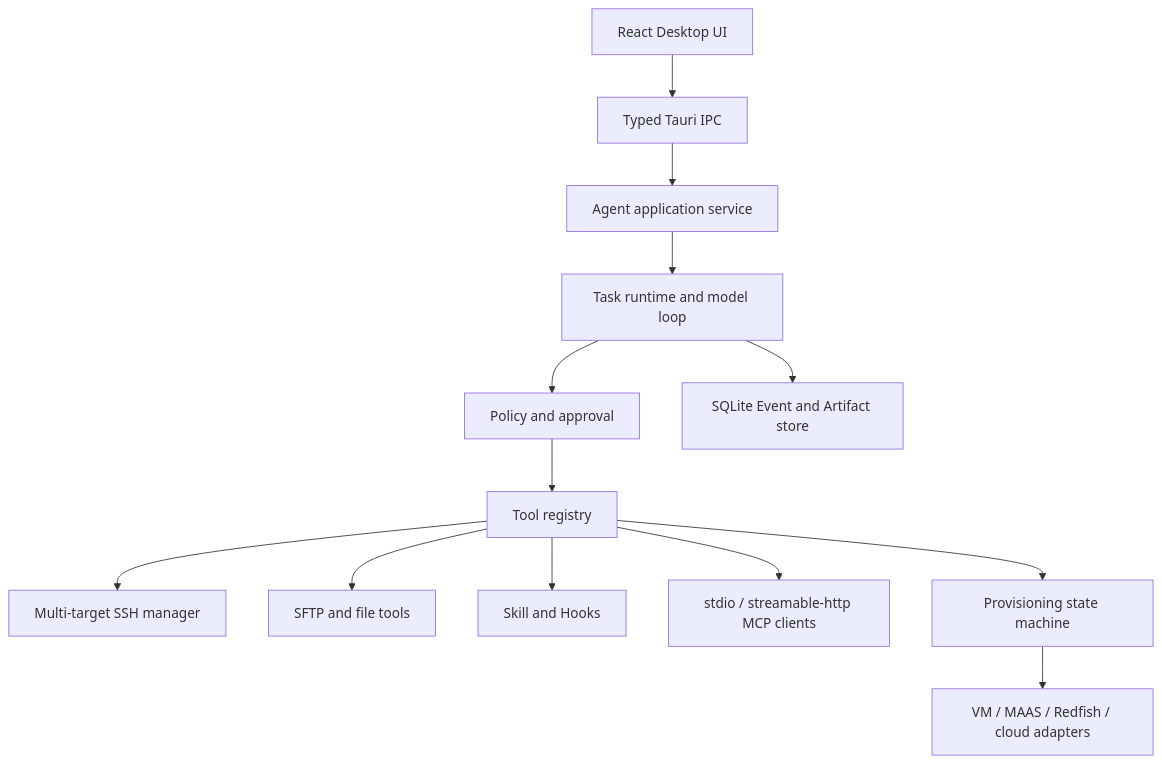
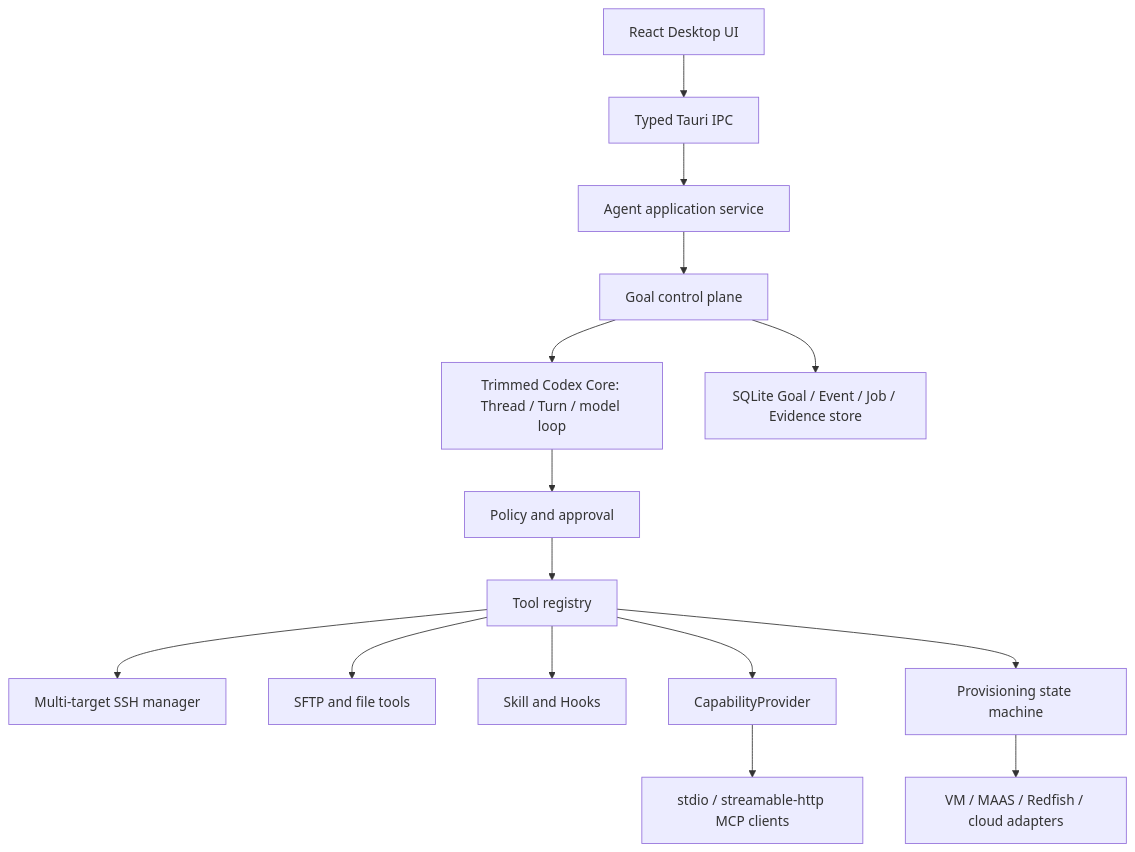
The first of 3 diagrams in docs/linux-agent-specification.md (Ssshake1996/myterm), drawn with Mermaid before and after one commit. The commit also changed other lines of this file and 51 other files, not shown here.

````diff
--- a/docs/linux-agent-specification.md
+++ b/docs/linux-agent-specification.md
@@ -221,15 +227,17 @@
 ```mermaid
 flowchart TD
     Desktop["React Desktop UI"] --> IPC["Typed Tauri IPC"]
     IPC --> App["Agent application service"]
-    App --> Runtime["Task runtime and model loop"]
+    App --> Goal["Goal control plane"]
+    Goal --> Runtime["Trimmed Codex Core: Thread / Turn / model loop"]
+    Goal --> Store["SQLite Goal / Event / Job / Evidence store"]
     Runtime --> Policy["Policy and approval"]
-    Runtime --> Store["SQLite Event and Artifact store"]
     Policy --> Registry["Tool registry"]
     Registry --> SSH["Multi-target SSH manager"]
     Registry --> Files["SFTP and file tools"]
     Registry --> Skills["Skill and Hooks"]
-    Registry --> MCP["stdio / streamable-http MCP clients"]
+    Registry --> Capability["CapabilityProvider"]
+    Capability --> MCP["stdio / streamable-http MCP clients"]
     Registry --> Provisioning["Provisioning state machine"]
     Provisioning --> Providers["VM / MAAS / Redfish / cloud adapters"]
 ```
````
